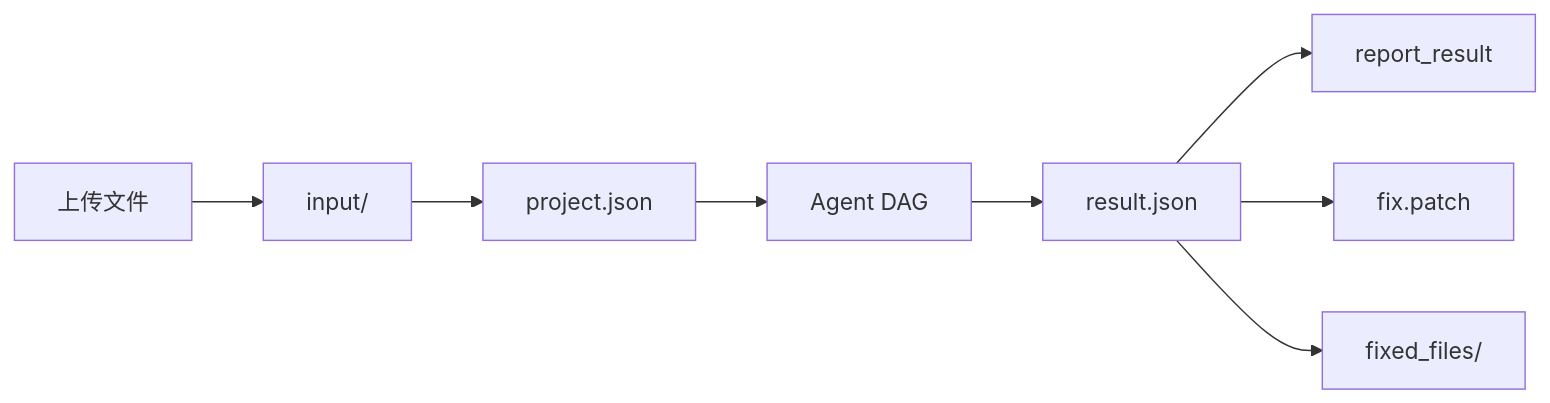
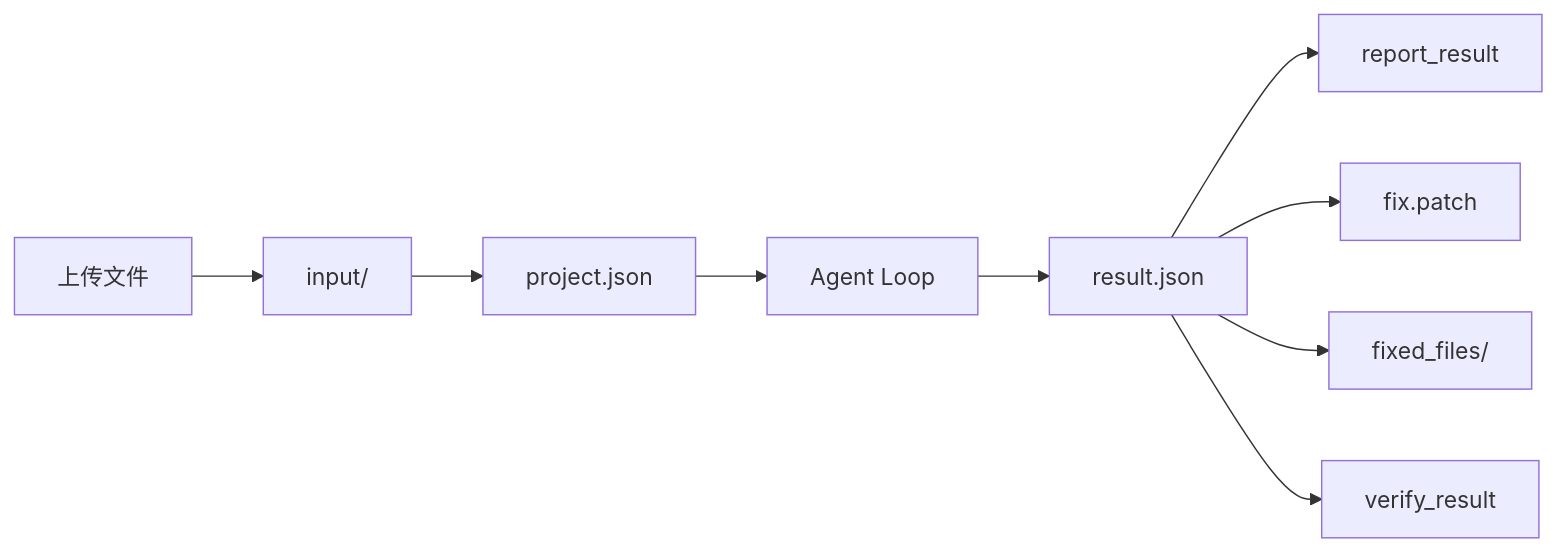
Before and after one commit to Haojun-Jiang/mgc-project: the sixth of 6 diagrams in docs/project-technical-solution.md, drawn with Mermaid. The commit also changed other lines of this file and 10 other files, not shown here.

````diff
--- a/docs/project-technical-solution.md
+++ b/docs/project-technical-solution.md
@@ -359,10 +386,11 @@
 ```mermaid
 flowchart LR
     Upload["上传文件"] --> Input["input/"]
     Input --> Project["project.json"]
-    Project --> Graph["Agent DAG"]
+    Project --> Graph["Agent Loop"]
     Graph --> Result["result.json"]
     Result --> Report["report_result"]
     Result --> Patch["fix.patch"]
     Result --> Fixed["fixed_files/"]
+    Result --> Verify["verify_result"]
 ```
````
